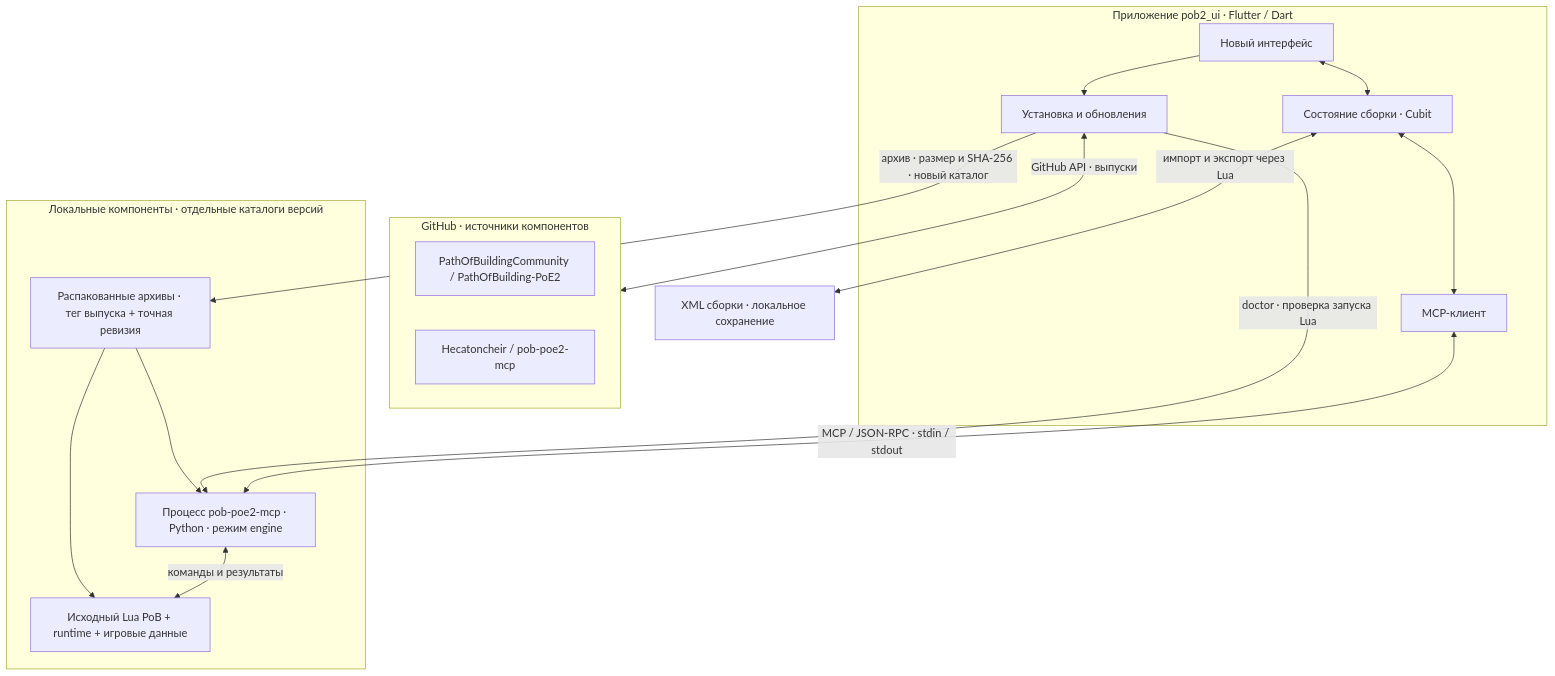
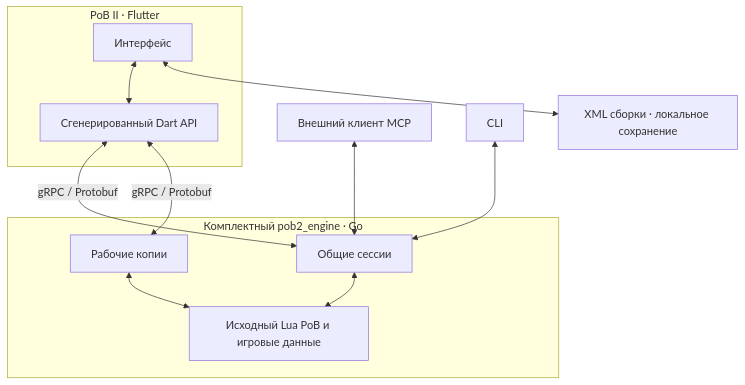
Before and after one commit to Hecatoncheir/pob2_ui: the first of 2 diagrams in README.md, drawn with Mermaid. The commit also changed other lines of this file and 137 other files, not shown here.

````diff
--- a/README.md
+++ b/README.md
@@ -35,32 +35,22 @@
 ```mermaid
 flowchart TB
-    subgraph Flutter["Приложение pob2_ui · Flutter / Dart"]
-        UI["Новый интерфейс"]
-        State["Состояние сборки · Cubit"]
-        Manager["Установка и обновления"]
-        Client["MCP-клиент"]
-        UI <--> State
-        UI --> Manager
-        State <--> Client
+    subgraph Flutter["PoB II · Flutter"]
+        UI["Интерфейс"]
+        Client["Сгенерированный Dart API"]
+        UI <--> Client
     end
 
-    subgraph GitHub["GitHub · источники компонентов"]
-        PoBRepo["PathOfBuildingCommunity / PathOfBuilding-PoE2"]
-        MCPRepo["Hecatoncheir / pob-poe2-mcp"]
+    subgraph Engine["Комплектный pob2_engine · Go"]
+        Sessions["Общие сессии"]
+        Workbench["Рабочие копии"]
+        Lua["Исходный Lua PoB и игровые данные"]
+        Sessions <--> Lua
+        Workbench <--> Lua
     end
 
-    subgraph Local["Локальные компоненты · отдельные каталоги версий"]
-        Copies["Распакованные архивы · тег выпуска + точная ревизия"]
-        MCP["Процесс pob-poe2-mcp · Python · режим engine"]
-        Lua["Исходный Lua PoB + runtime + игровые данные"]
-        Copies --> MCP
-        Copies --> Lua
-        MCP <-->|"команды и результаты"| Lua
-    end
-
-    Manager <-->|"GitHub API · выпуски"| GitHub
-    Manager -->|"архив · размер и SHA-256 · новый каталог"| Copies
-    Manager -->|"doctor · проверка запуска Lua"| MCP
-    Client <-->|"MCP / JSON-RPC · stdin / stdout"| MCP
-    State <-->|"импорт и экспорт через Lua"| XML["XML сборки · локальное сохранение"]
+    Client <-->|"gRPC / Protobuf"| Sessions
+    Client <-->|"gRPC / Protobuf"| Workbench
+    MCP["Внешний клиент MCP"] <--> Sessions
+    CLI["CLI"] <--> Sessions
+    UI <--> XML["XML сборки · локальное сохранение"]
 ```
````
